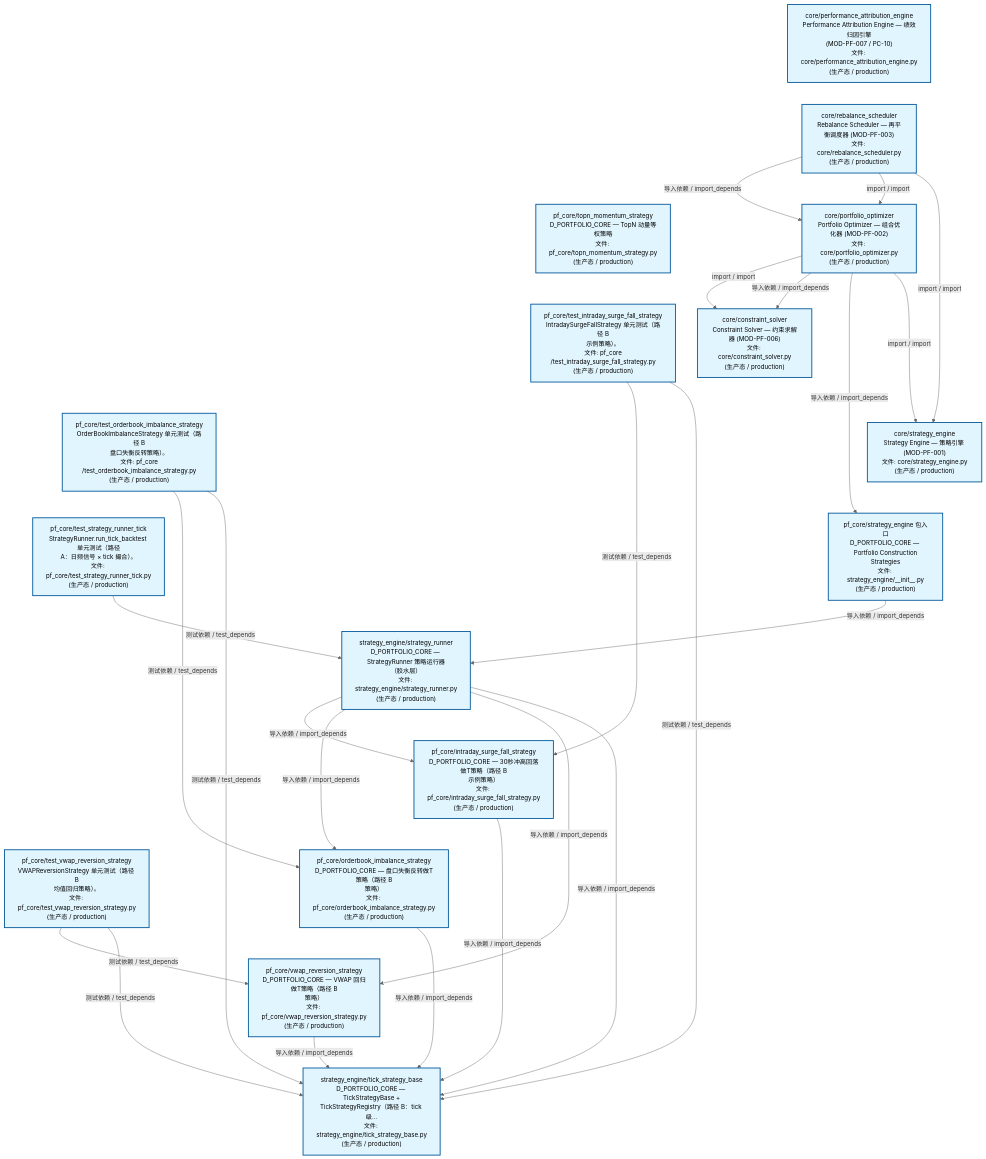
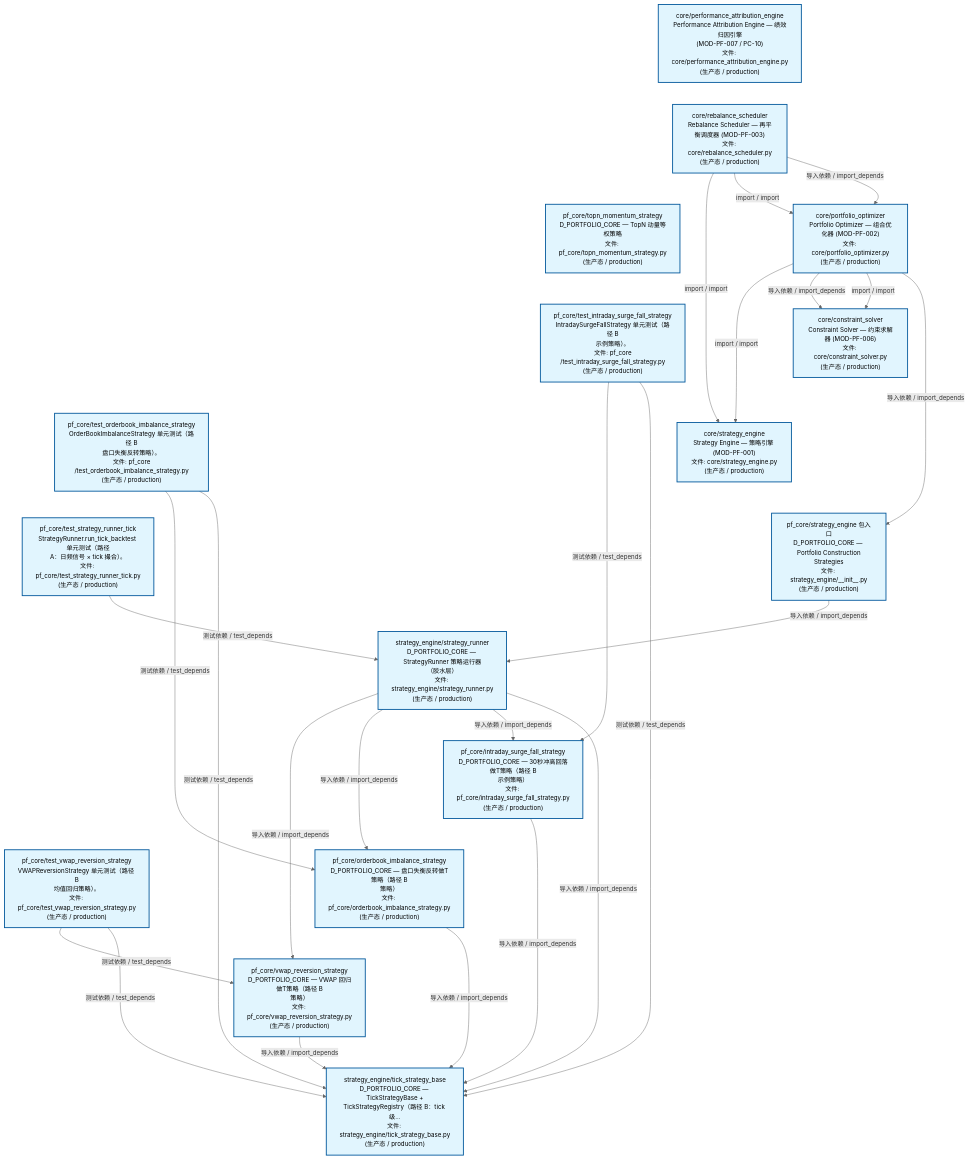
One commit to xuanFelixVan/ZephyrAlpha changed the second of 3 diagrams in docs/02_enterprise_architecture/02_domain_architecture_docs/63_d_pf_core.md. Above: the diagram before and after it, drawn with Mermaid. The commit also changed other lines of this file and 45 other files, not shown here.

````diff
--- a/docs/02_enterprise_architecture/02_domain_architecture_docs/63_d_pf_core.md
+++ b/docs/02_enterprise_architecture/02_domain_architecture_docs/63_d_pf_core.md
@@ -139,57 +139,57 @@
 ```mermaid
 %%{init: {'theme': 'base', 'themeVariables': {'primaryColor': '#eaeaea', 'primaryTextColor': '#333333', 'primaryBorderColor': '#666666', 'lineColor': '#666666', 'secondaryColor': '#eaeaea', 'tertiaryColor': '#eaeaea', 'fontSize': '14px'}}}%%
 flowchart TD
     src_zephyr_pf_core_core_performance_attribution_engine_py["core/performance_attribution_engine<br/>Performance Attribution Engine — 绩效归因引擎<br/>(MOD-PF-007 / PC-10)<br/>文件: core/performance_attribution_engine.py<br/>(生产态 / production)"]
     src_zephyr_pf_core_core_rebalance_scheduler_py["core/rebalance_scheduler<br/>Rebalance Scheduler — 再平衡调度器 (MOD-PF-003)<br/>文件: core/rebalance_scheduler.py<br/>(生产态 / production)"]
     src_zephyr_pf_core_topn_momentum_strategy_py["pf_core/topn_momentum_strategy<br/>D_PORTFOLIO_CORE — TopN 动量等权策略<br/>文件: pf_core/topn_momentum_strategy.py<br/>(生产态 / production)"]
     tests_pf_core_test_intraday_surge_fall_strategy_py["pf_core/test_intraday_surge_fall_strategy<br/>IntradaySurgeFallStrategy 单元测试（路径 B<br/>示例策略）。<br/>文件: pf_core<br/>/test_intraday_surge_fall_strategy.py<br/>(生产态 / production)"]
     tests_pf_core_test_orderbook_imbalance_strategy_py["pf_core/test_orderbook_imbalance_strategy<br/>OrderBookImbalanceStrategy 单元测试（路径 B<br/>盘口失衡反转策略）。<br/>文件: pf_core<br/>/test_orderbook_imbalance_strategy.py<br/>(生产态 / production)"]
     tests_pf_core_test_strategy_runner_tick_py["pf_core/test_strategy_runner_tick<br/>StrategyRunner.run_tick_backtest 单元测试（路径<br/>A：日频信号 × tick 撮合）。<br/>文件: pf_core/test_strategy_runner_tick.py<br/>(生产态 / production)"]
     tests_pf_core_test_vwap_reversion_strategy_py["pf_core/test_vwap_reversion_strategy<br/>VWAPReversionStrategy 单元测试（路径 B<br/>均值回归策略）。<br/>文件: pf_core/test_vwap_reversion_strategy.py<br/>(生产态 / production)"]
     src_zephyr_pf_core_core_performance_attribution_engine_py ~~~ src_zephyr_pf_core_core_rebalance_scheduler_py
     src_zephyr_pf_core_core_rebalance_scheduler_py ~~~ src_zephyr_pf_core_topn_momentum_strategy_py
     src_zephyr_pf_core_topn_momentum_strategy_py ~~~ tests_pf_core_test_intraday_surge_fall_strategy_py
     tests_pf_core_test_intraday_surge_fall_strategy_py ~~~ tests_pf_core_test_orderbook_imbalance_strategy_py
     tests_pf_core_test_orderbook_imbalance_strategy_py ~~~ tests_pf_core_test_strategy_runner_tick_py
     tests_pf_core_test_strategy_runner_tick_py ~~~ tests_pf_core_test_vwap_reversion_strategy_py
     src_zephyr_pf_core_core_portfolio_optimizer_py["core/portfolio_optimizer<br/>Portfolio Optimizer — 组合优化器 (MOD-PF-002)<br/>文件: core/portfolio_optimizer.py<br/>(生产态 / production)"]
     src_zephyr_pf_core_core_constraint_solver_py["core/constraint_solver<br/>Constraint Solver — 约束求解器 (MOD-PF-006)<br/>文件: core/constraint_solver.py<br/>(生产态 / production)"]
     src_zephyr_pf_core_core_strategy_engine_py["core/strategy_engine<br/>Strategy Engine — 策略引擎 (MOD-PF-001)<br/>文件: core/strategy_engine.py<br/>(生产态 / production)"]
     src_zephyr_pf_core_strategy_engine_init_py["pf_core/strategy_engine 包入口<br/>D_PORTFOLIO_CORE — Portfolio Construction<br/>Strategies<br/>文件: strategy_engine/__init__.py<br/>(生产态 / production)"]
     src_zephyr_pf_core_core_constraint_solver_py ~~~ src_zephyr_pf_core_core_strategy_engine_py
     src_zephyr_pf_core_core_strategy_engine_py ~~~ src_zephyr_pf_core_strategy_engine_init_py
     src_zephyr_pf_core_strategy_engine_strategy_runner_py["strategy_engine/strategy_runner<br/>D_PORTFOLIO_CORE — StrategyRunner 策略运行器<br/>（胶水层）<br/>文件: strategy_engine/strategy_runner.py<br/>(生产态 / production)"]
     src_zephyr_pf_core_intraday_surge_fall_strategy_py["pf_core/intraday_surge_fall_strategy<br/>D_PORTFOLIO_CORE — 30秒冲高回落做T策略（路径 B<br/>示例策略）<br/>文件: pf_core/intraday_surge_fall_strategy.py<br/>(生产态 / production)"]
     src_zephyr_pf_core_orderbook_imbalance_strategy_py["pf_core/orderbook_imbalance_strategy<br/>D_PORTFOLIO_CORE — 盘口失衡反转做T策略（路径 B<br/>策略）<br/>文件: pf_core/orderbook_imbalance_strategy.py<br/>(生产态 / production)"]
     src_zephyr_pf_core_vwap_reversion_strategy_py["pf_core/vwap_reversion_strategy<br/>D_PORTFOLIO_CORE — VWAP 回归做T策略（路径 B<br/>策略）<br/>文件: pf_core/vwap_reversion_strategy.py<br/>(生产态 / production)"]
     src_zephyr_pf_core_intraday_surge_fall_strategy_py ~~~ src_zephyr_pf_core_orderbook_imbalance_strategy_py
     src_zephyr_pf_core_orderbook_imbalance_strategy_py ~~~ src_zephyr_pf_core_vwap_reversion_strategy_py
     src_zephyr_pf_core_strategy_engine_tick_strategy_base_py["strategy_engine/tick_strategy_base<br/>D_PORTFOLIO_CORE — TickStrategyBase +<br/>TickStrategyRegistry（路径 B：tick 级...<br/>文件: strategy_engine/tick_strategy_base.py<br/>(生产态 / production)"]
+    src_zephyr_pf_core_vwap_reversion_strategy_py -->|导入依赖 / import_depends| src_zephyr_pf_core_strategy_engine_tick_strategy_base_py
+    src_zephyr_pf_core_orderbook_imbalance_strategy_py -->|导入依赖 / import_depends| src_zephyr_pf_core_strategy_engine_tick_strategy_base_py
     src_zephyr_pf_core_intraday_surge_fall_strategy_py -->|导入依赖 / import_depends| src_zephyr_pf_core_strategy_engine_tick_strategy_base_py
-    src_zephyr_pf_core_orderbook_imbalance_strategy_py -->|导入依赖 / import_depends| src_zephyr_pf_core_strategy_engine_tick_strategy_base_py
-    src_zephyr_pf_core_vwap_reversion_strategy_py -->|导入依赖 / import_depends| src_zephyr_pf_core_strategy_engine_tick_strategy_base_py
+    src_zephyr_pf_core_core_portfolio_optimizer_py -->|import / import| src_zephyr_pf_core_core_strategy_engine_py
+    src_zephyr_pf_core_core_portfolio_optimizer_py -->|导入依赖 / import_depends| src_zephyr_pf_core_core_constraint_solver_py
+    src_zephyr_pf_core_core_portfolio_optimizer_py -->|import / import| src_zephyr_pf_core_core_constraint_solver_py
+    src_zephyr_pf_core_core_portfolio_optimizer_py -->|导入依赖 / import_depends| src_zephyr_pf_core_strategy_engine_init_py
+    src_zephyr_pf_core_core_rebalance_scheduler_py -->|import / import| src_zephyr_pf_core_core_strategy_engine_py
+    src_zephyr_pf_core_core_rebalance_scheduler_py -->|import / import| src_zephyr_pf_core_core_portfolio_optimizer_py
     src_zephyr_pf_core_core_rebalance_scheduler_py -->|导入依赖 / import_depends| src_zephyr_pf_core_core_portfolio_optimizer_py
-    src_zephyr_pf_core_core_rebalance_scheduler_py -->|import / import| src_zephyr_pf_core_core_portfolio_optimizer_py
-    src_zephyr_pf_core_core_rebalance_scheduler_py -->|import / import| src_zephyr_pf_core_core_strategy_engine_py
-    src_zephyr_pf_core_core_portfolio_optimizer_py -->|import / import| src_zephyr_pf_core_core_constraint_solver_py
-    src_zephyr_pf_core_core_portfolio_optimizer_py -->|导入依赖 / import_depends| src_zephyr_pf_core_core_constraint_solver_py
-    src_zephyr_pf_core_core_portfolio_optimizer_py -->|导入依赖 / import_depends| src_zephyr_pf_core_strategy_engine_init_py
-    src_zephyr_pf_core_core_portfolio_optimizer_py -->|import / import| src_zephyr_pf_core_core_strategy_engine_py
     src_zephyr_pf_core_strategy_engine_init_py -->|导入依赖 / import_depends| src_zephyr_pf_core_strategy_engine_strategy_runner_py
+    src_zephyr_pf_core_strategy_engine_strategy_runner_py -->|导入依赖 / import_depends| src_zephyr_pf_core_vwap_reversion_strategy_py
+    src_zephyr_pf_core_strategy_engine_strategy_runner_py -->|导入依赖 / import_depends| src_zephyr_pf_core_orderbook_imbalance_strategy_py
     src_zephyr_pf_core_strategy_engine_strategy_runner_py -->|导入依赖 / import_depends| src_zephyr_pf_core_intraday_surge_fall_strategy_py
-    src_zephyr_pf_core_strategy_engine_strategy_runner_py -->|导入依赖 / import_depends| src_zephyr_pf_core_orderbook_imbalance_strategy_py
-    src_zephyr_pf_core_strategy_engine_strategy_runner_py -->|导入依赖 / import_depends| src_zephyr_pf_core_vwap_reversion_strategy_py
     src_zephyr_pf_core_strategy_engine_strategy_runner_py -->|导入依赖 / import_depends| src_zephyr_pf_core_strategy_engine_tick_strategy_base_py
+    tests_pf_core_test_orderbook_imbalance_strategy_py -->|测试依赖 / test_depends| src_zephyr_pf_core_orderbook_imbalance_strategy_py
+    tests_pf_core_test_orderbook_imbalance_strategy_py -->|测试依赖 / test_depends| src_zephyr_pf_core_strategy_engine_tick_strategy_base_py
     tests_pf_core_test_intraday_surge_fall_strategy_py -->|测试依赖 / test_depends| src_zephyr_pf_core_intraday_surge_fall_strategy_py
     tests_pf_core_test_intraday_surge_fall_strategy_py -->|测试依赖 / test_depends| src_zephyr_pf_core_strategy_engine_tick_strategy_base_py
-    tests_pf_core_test_orderbook_imbalance_strategy_py -->|测试依赖 / test_depends| src_zephyr_pf_core_orderbook_imbalance_strategy_py
-    tests_pf_core_test_orderbook_imbalance_strategy_py -->|测试依赖 / test_depends| src_zephyr_pf_core_strategy_engine_tick_strategy_base_py
-    tests_pf_core_test_strategy_runner_tick_py -->|测试依赖 / test_depends| src_zephyr_pf_core_strategy_engine_strategy_runner_py
     tests_pf_core_test_vwap_reversion_strategy_py -->|测试依赖 / test_depends| src_zephyr_pf_core_vwap_reversion_strategy_py
     tests_pf_core_test_vwap_reversion_strategy_py -->|测试依赖 / test_depends| src_zephyr_pf_core_strategy_engine_tick_strategy_base_py
+    tests_pf_core_test_strategy_runner_tick_py -->|测试依赖 / test_depends| src_zephyr_pf_core_strategy_engine_strategy_runner_py
     classDef production fill:#e1f5fe,stroke:#01579b,stroke-width:2px,color:#000
     classDef design fill:#fff3e0,stroke:#e65100,stroke-width:2px,color:#000,stroke-dasharray: 5 5
     classDef external_prod fill:#e8f4fd,stroke:#0277bd,stroke-width:1px,color:#000
     classDef external_design fill:#fff8e7,stroke:#ef6c00,stroke-width:1px,color:#000,stroke-dasharray: 5 5
     class src_zephyr_pf_core_core_constraint_solver_py,src_zephyr_pf_core_core_performance_attribution_engine_py,src_zephyr_pf_core_core_portfolio_optimizer_py,src_zephyr_pf_core_core_rebalance_scheduler_py,src_zephyr_pf_core_core_strategy_engine_py,src_zephyr_pf_core_intraday_surge_fall_strategy_py,src_zephyr_pf_core_orderbook_imbalance_strategy_py,src_zephyr_pf_core_strategy_engine_init_py,src_zephyr_pf_core_strategy_engine_strategy_runner_py,src_zephyr_pf_core_strategy_engine_tick_strategy_base_py,src_zephyr_pf_core_topn_momentum_strategy_py,src_zephyr_pf_core_vwap_reversion_strategy_py,tests_pf_core_test_intraday_surge_fall_strategy_py,tests_pf_core_test_orderbook_imbalance_strategy_py,tests_pf_core_test_strategy_runner_tick_py,tests_pf_core_test_vwap_reversion_strategy_py production
 ```
````
